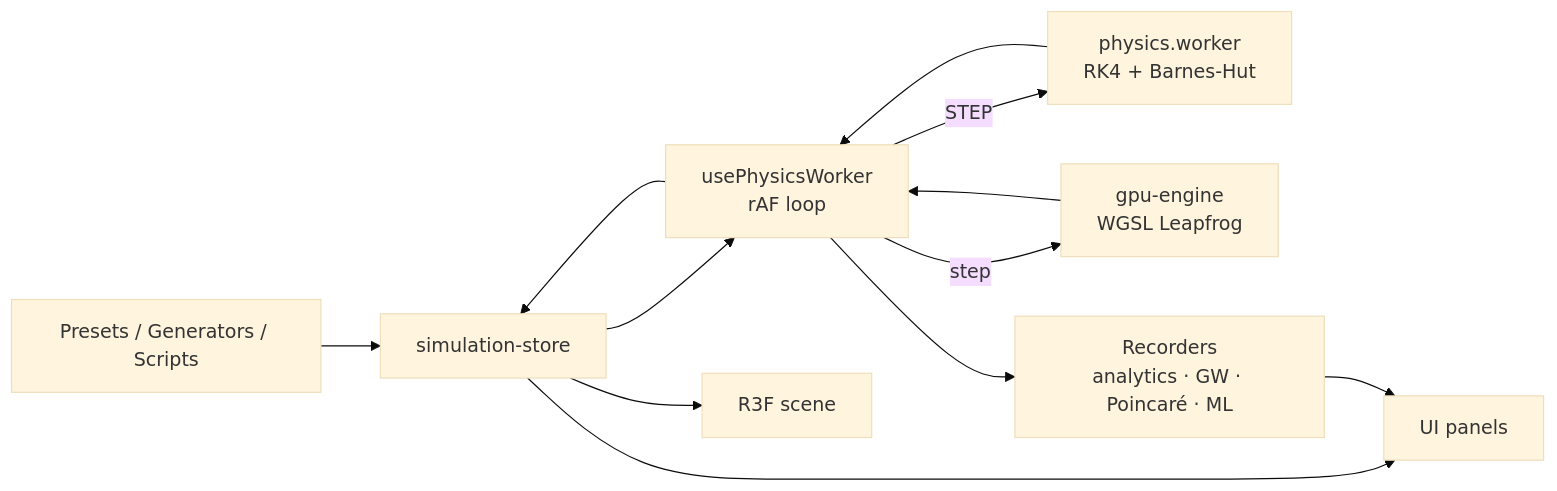
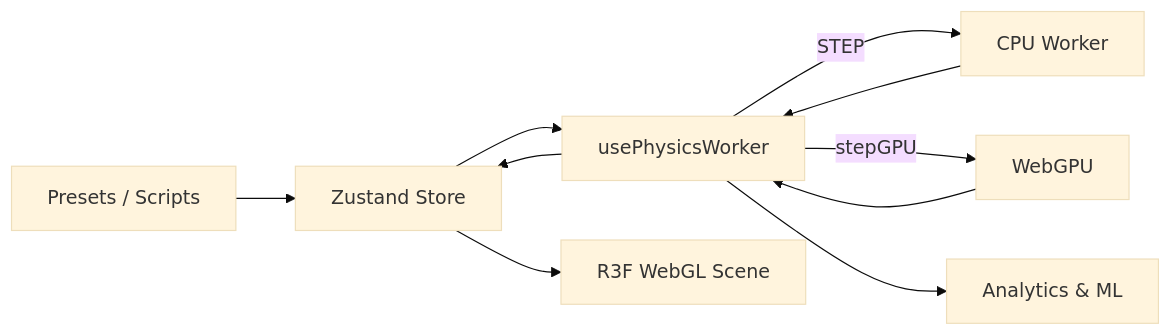
The diagram in README.md (06navdeep06/N-Body-Gravity-Orbital-Dynamics-Lab), drawn with Mermaid (base theme) before and after one commit. The commit also changed other lines of this file, not shown here.

````diff
--- a/README.md
+++ b/README.md
@@ -106,14 +132,12 @@
 ```mermaid
 flowchart LR
-    P[Presets / Generators / Scripts] --> S[simulation-store]
-    S --> H[usePhysicsWorker<br/>rAF loop]
-    H -->|STEP| W[physics.worker<br/>RK4 + Barnes-Hut]
-    H -->|step| G[gpu-engine<br/>WGSL Leapfrog]
+    P[Presets / Scripts] --> S[Zustand Store]
+    S --> H[usePhysicsWorker]
+    H -->|STEP| W[CPU Worker]
+    H -->|stepGPU| G[WebGPU]
     W --> H
     G --> H
     H --> S
-    H --> R[Recorders<br/>analytics · GW · Poincaré · ML]
-    S --> V[R3F scene]
-    S --> U[UI panels]
-    R --> U
+    H --> R[Analytics & ML]
+    S --> V[R3F WebGL Scene]
 ```
````
